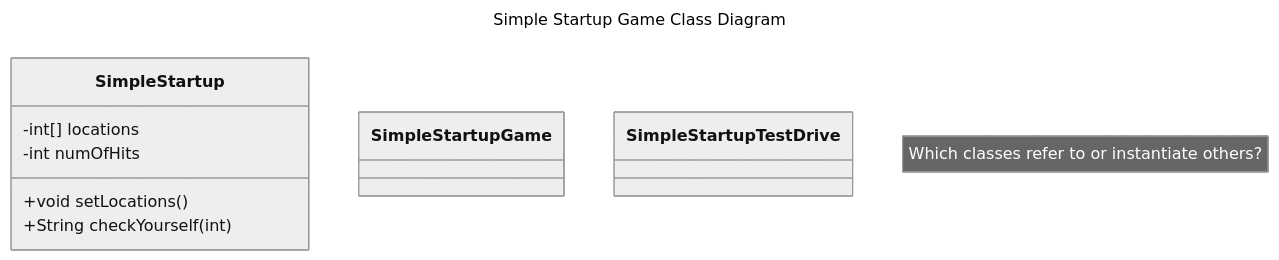
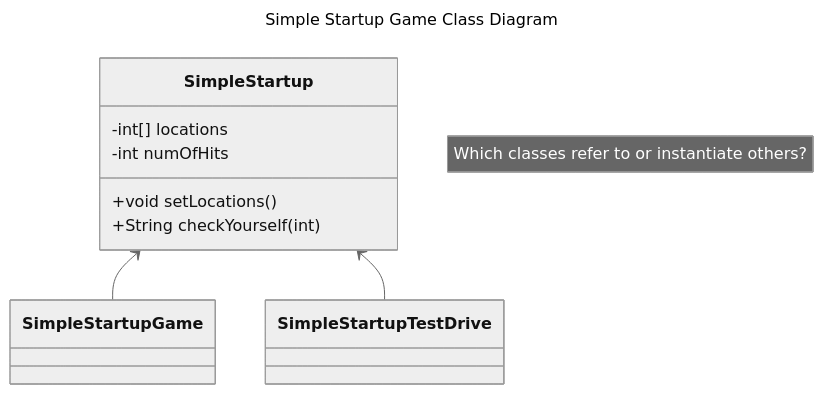
The diagram in notes/Week-09-a.md (TheEvergreenStateCollege/dgp-25au), drawn with Mermaid (neutral theme) before and after one commit.

````diff
--- a/notes/Week-09-a.md
+++ b/notes/Week-09-a.md
@@ -19,21 +19,21 @@
 ```mermaid
 ---
 title: Simple Startup Game Class Diagram
 ---
 classDiagram
     note "Which classes refer to or instantiate others?"
-    %% SimpleStartup <-- SimpleStartupGame
-    %% SimpleStartup <-- SimpleStartupTestDrive
+    SimpleStartup <-- SimpleStartupGame
+    SimpleStartup <-- SimpleStartupTestDrive
     SimpleStartup : -int[] locations
     SimpleStartup : -int numOfHits
     SimpleStartup : +void setLocations()
     SimpleStartup : +String checkYourself(int)
     class SimpleStartup{
     }
     class SimpleStartupGame{
     %%  +void main()
     }
     class SimpleStartupTestDrive{
     %%  + void main()
     }
 ```
````
